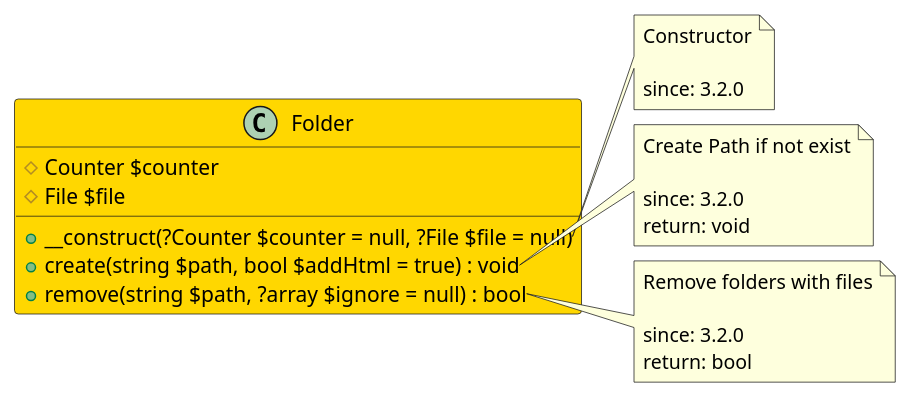
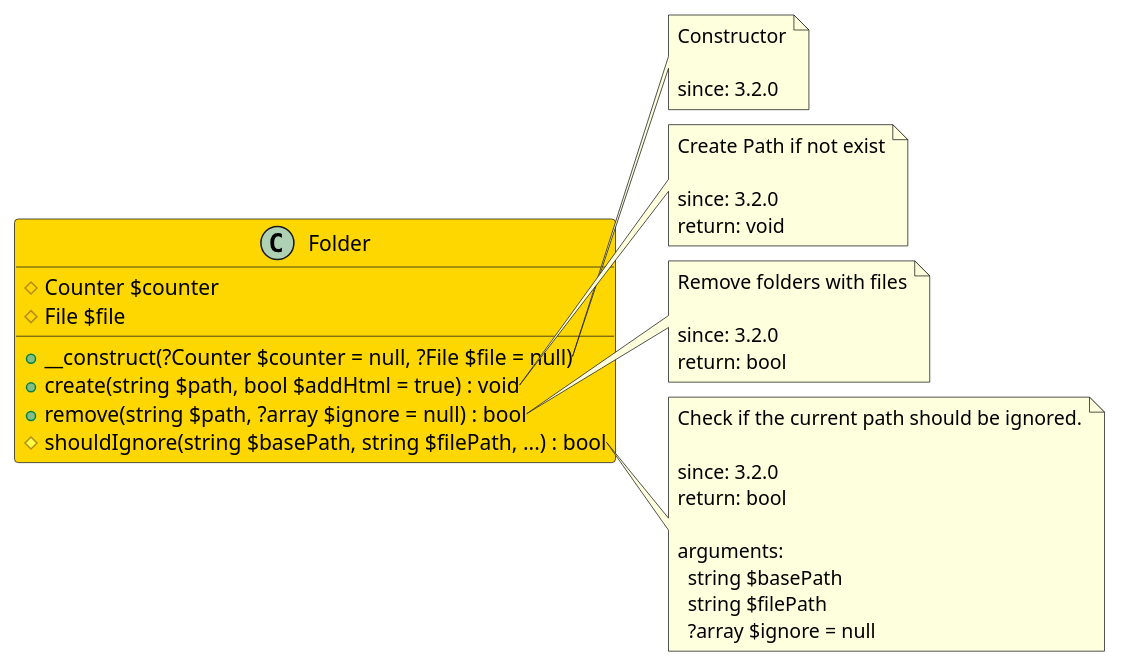
The diagram in src/6bbb6ffe-3f09-4c21-aa9d-c93159afa1e1/README.md (joomengine/jcb-compiler), drawn with PlantUML before and after one commit. The commit also changed 725 other files, not shown here.

````diff
--- a/src/6bbb6ffe-3f09-4c21-aa9d-c93159afa1e1/README.md
+++ b/src/6bbb6ffe-3f09-4c21-aa9d-c93159afa1e1/README.md
@@ -11,32 +11,45 @@
 ```uml
 @startuml
 class Folder  #Gold {
   # Counter $counter
   # File $file
   + __construct(?Counter $counter = null, ?File $file = null)
   + create(string $path, bool $addHtml = true) : void
   + remove(string $path, ?array $ignore = null) : bool
+  # shouldIgnore(string $basePath, string $filePath, ...) : bool
 }
 
 note right of Folder::__construct
   Constructor
 
   since: 3.2.0
 end note
 
 note right of Folder::create
   Create Path if not exist
 
   since: 3.2.0
   return: void
 end note
 
 note right of Folder::remove
   Remove folders with files
 
   since: 3.2.0
   return: bool
 end note
+
+note right of Folder::shouldIgnore
+  Check if the current path should be ignored.
+
+  since: 3.2.0
+  return: bool
+  
+  arguments:
+    string $basePath
+    string $filePath
+    ?array $ignore = null
+end note
  
 @enduml
 ```
````
